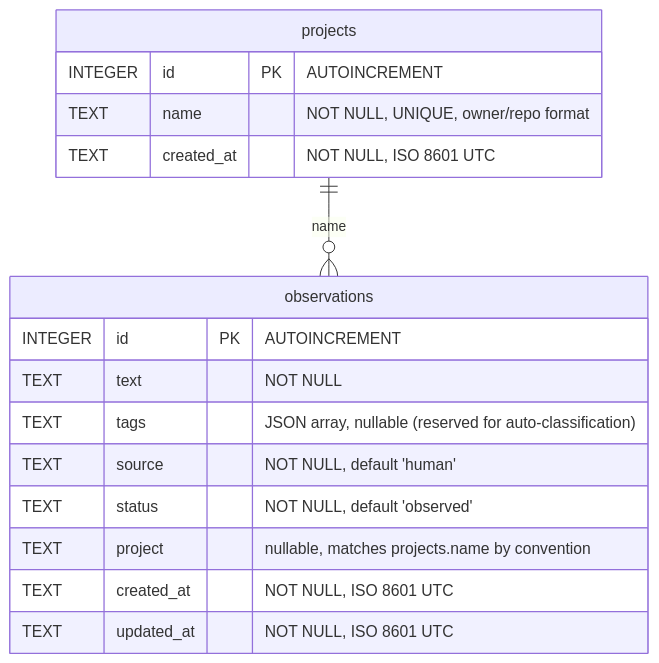
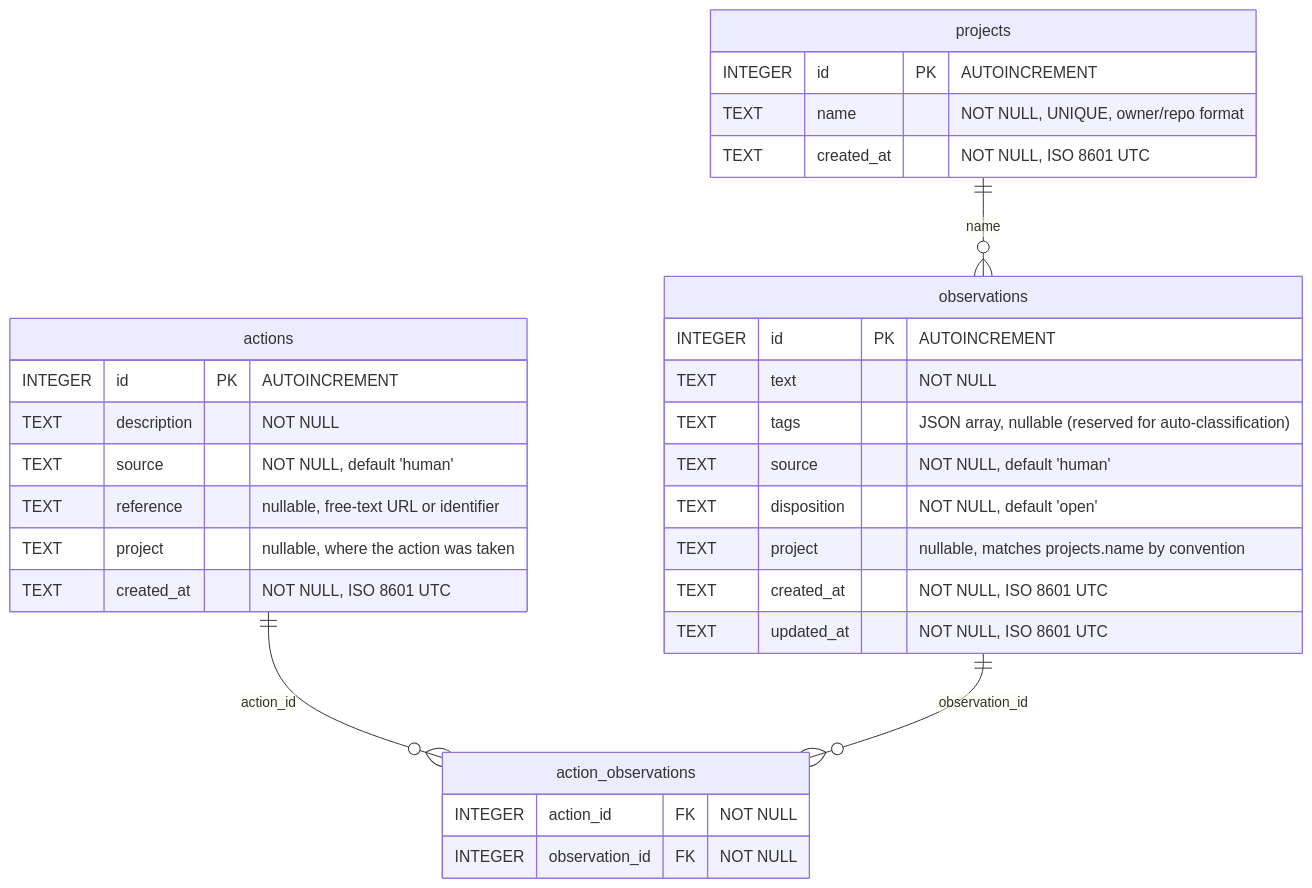
Before and after one commit to mbd0910/compound-eye: the diagram in docs/schema.md, drawn with Mermaid. The commit also changed other lines of this file and 4 other files, not shown here.

First line of the commit message:
Replace linear status with disposition model and actions log

````diff
--- a/docs/schema.md
+++ b/docs/schema.md
@@ -5,19 +5,33 @@
 ```mermaid
 erDiagram
     projects {
         INTEGER id PK "AUTOINCREMENT"
         TEXT name "NOT NULL, UNIQUE, owner/repo format"
         TEXT created_at "NOT NULL, ISO 8601 UTC"
     }
     observations {
         INTEGER id PK "AUTOINCREMENT"
         TEXT text "NOT NULL"
         TEXT tags "JSON array, nullable (reserved for auto-classification)"
         TEXT source "NOT NULL, default 'human'"
-        TEXT status "NOT NULL, default 'observed'"
+        TEXT disposition "NOT NULL, default 'open'"
         TEXT project "nullable, matches projects.name by convention"
         TEXT created_at "NOT NULL, ISO 8601 UTC"
         TEXT updated_at "NOT NULL, ISO 8601 UTC"
     }
+    actions {
+        INTEGER id PK "AUTOINCREMENT"
+        TEXT description "NOT NULL"
+        TEXT source "NOT NULL, default 'human'"
+        TEXT reference "nullable, free-text URL or identifier"
+        TEXT project "nullable, where the action was taken"
+        TEXT created_at "NOT NULL, ISO 8601 UTC"
+    }
+    action_observations {
+        INTEGER action_id FK "NOT NULL"
+        INTEGER observation_id FK "NOT NULL"
+    }
     projects ||--o{ observations : "name"
+    actions ||--o{ action_observations : "action_id"
+    observations ||--o{ action_observations : "observation_id"
 ```
````
